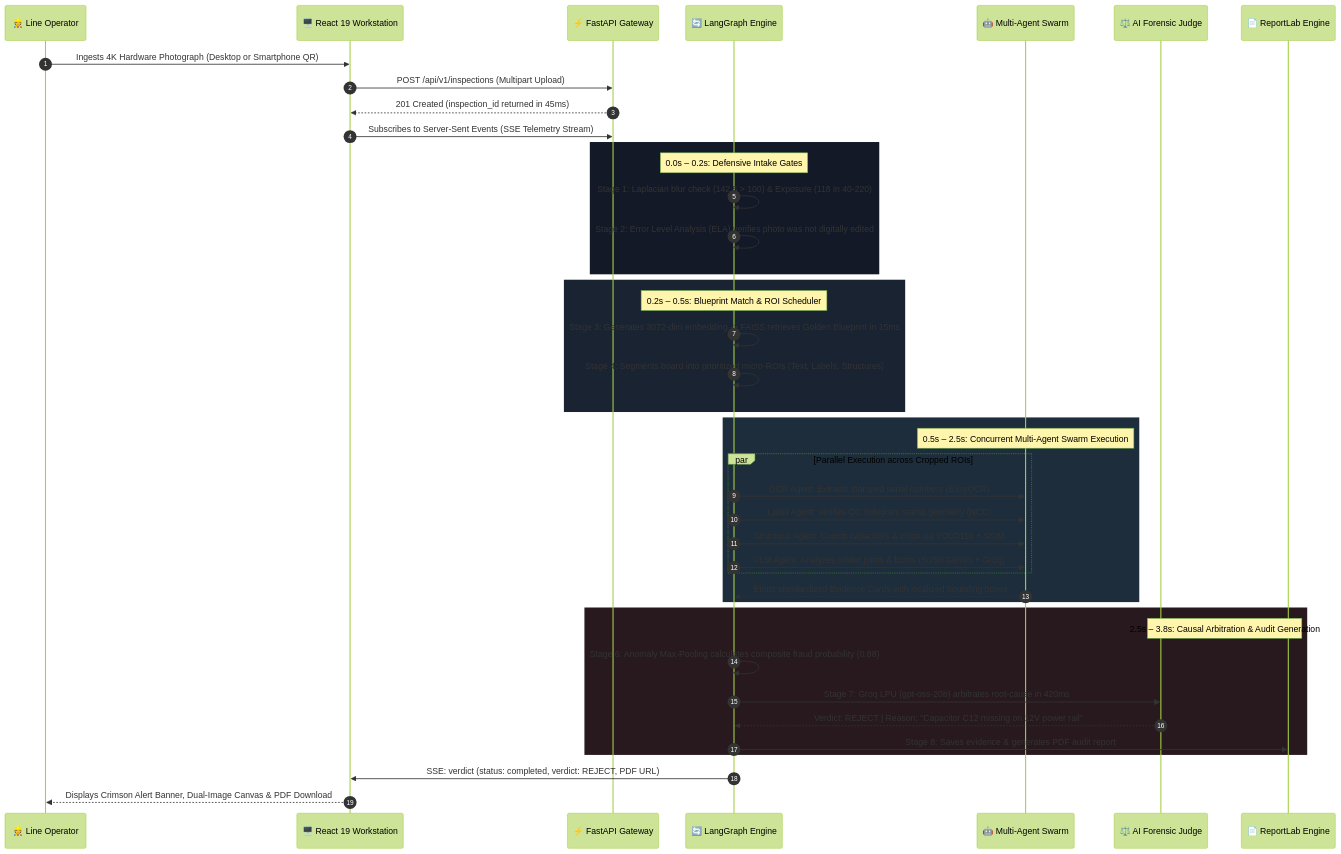
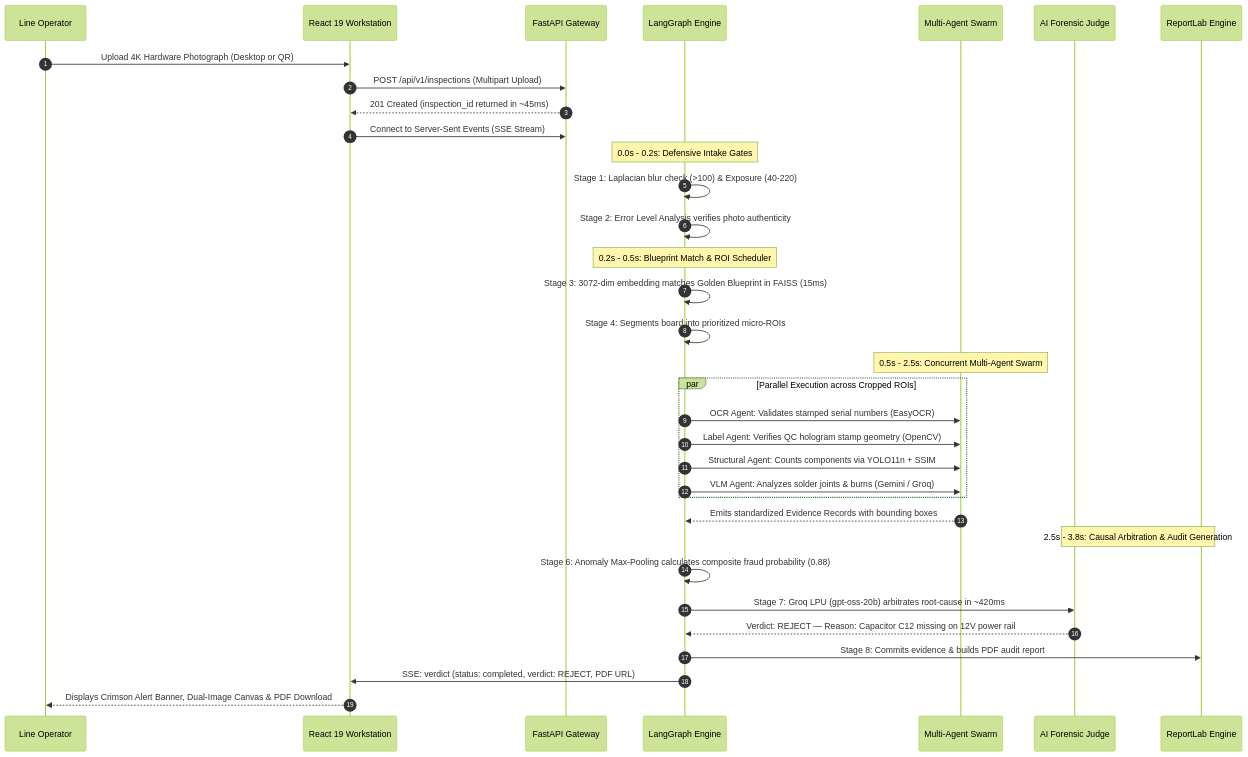
One commit to Disha-1610/VisionForge changed the first of 4 diagrams in README.md. Above: the diagram before and after it, drawn with Mermaid (forest theme). The commit also changed other lines of this file and 1 other file, not shown here.

Commit message:
docs: fix Mermaid diagram syntax and subgraph connections in README.md

````diff
--- a/README.md
+++ b/README.md
@@ -111,50 +111,42 @@
 ```mermaid
 sequenceDiagram
     autonumber
-    participant Op as 👷 Line Operator
-    participant HUD as 🖥️ React 19 Workstation
-    participant API as ⚡ FastAPI Gateway
-    participant Graph as 🔄 LangGraph Engine
-    participant Swarm as 🤖 Multi-Agent Swarm
-    participant Judge as ⚖️ AI Forensic Judge
-    participant PDF as 📄 ReportLab Engine
+    participant Op as Line Operator
+    participant HUD as React 19 Workstation
+    participant API as FastAPI Gateway
+    participant Graph as LangGraph Engine
+    participant Swarm as Multi-Agent Swarm
+    participant Judge as AI Forensic Judge
+    participant PDF as ReportLab Engine
 
-    Op->>HUD: Ingests 4K Hardware Photograph (Desktop or Smartphone QR)
+    Op->>HUD: Upload 4K Hardware Photograph (Desktop or QR)
     HUD->>API: POST /api/v1/inspections (Multipart Upload)
-    API-->>HUD: 201 Created (inspection_id returned in 45ms)
-    HUD->>API: Subscribes to Server-Sent Events (SSE Telemetry Stream)
+    API-->>HUD: 201 Created (inspection_id returned in ~45ms)
+    HUD->>API: Connect to Server-Sent Events (SSE Stream)
 
-    rect rgb(20, 25, 40)
-        Note over Graph: 0.0s – 0.2s: Defensive Intake Gates
-        Graph->>Graph: Stage 1: Laplacian blur check (142.5 > 100) & Exposure (118 in 40-220)
-        Graph->>Graph: Stage 2: Error Level Analysis (ELA) verifies photo was not digitally edited
+    Note over Graph: 0.0s - 0.2s: Defensive Intake Gates
+    Graph->>Graph: Stage 1: Laplacian blur check (>100) & Exposure (40-220)
+    Graph->>Graph: Stage 2: Error Level Analysis verifies photo authenticity
+
+    Note over Graph: 0.2s - 0.5s: Blueprint Match & ROI Scheduler
+    Graph->>Graph: Stage 3: 3072-dim embedding matches Golden Blueprint in FAISS (15ms)
+    Graph->>Graph: Stage 4: Segments board into prioritized micro-ROIs
+
+    Note over Swarm: 0.5s - 2.5s: Concurrent Multi-Agent Swarm
+    par Parallel Execution across Cropped ROIs
+        Graph->>Swarm: OCR Agent: Validates stamped serial numbers (EasyOCR)
+        Graph->>Swarm: Label Agent: Verifies QC hologram stamp geometry (OpenCV)
+        Graph->>Swarm: Structural Agent: Counts components via YOLO11n + SSIM
+        Graph->>Swarm: VLM Agent: Analyzes solder joints & burns (Gemini / Groq)
     end
+    Swarm-->>Graph: Emits standardized Evidence Records with bounding boxes
 
-    rect rgb(25, 35, 50)
-        Note over Graph: 0.2s – 0.5s: Blueprint Match & ROI Scheduler
-        Graph->>Graph: Stage 3: Generates 3072-dim embedding -> FAISS retrieves Golden Blueprint in 15ms
-        Graph->>Graph: Stage 4: Segments board into prioritized micro-ROIs (Text, Labels, Structures)
-    end
-
-    rect rgb(30, 45, 60)
-        Note over Swarm: 0.5s – 2.5s: Concurrent Multi-Agent Swarm Execution
-        par Parallel Execution across Cropped ROIs
-            Graph->>Swarm: OCR Agent: Extracts stamped serial numbers (EasyOCR)
-            Graph->>Swarm: Label Agent: Verifies QC hologram stamp geometry (NCC)
-            Graph->>Swarm: Structural Agent: Counts capacitors & chips via YOLO11n + SSIM
-            Graph->>Swarm: VLM Agent: Analyzes solder joints & burns (50/50 Gemini + Groq)
-        end
-        Swarm-->>Graph: Emits standardized Evidence Cards with localized bounding boxes
-    end
-
-    rect rgb(40, 25, 30)
-        Note over Judge,PDF: 2.5s – 3.8s: Causal Arbitration & Audit Generation
-        Graph->>Graph: Stage 6: Anomaly Max-Pooling calculates composite fraud probability (0.88)
-        Graph->>Judge: Stage 7: Groq LPU (gpt-oss-20b) arbitrates root-cause in 420ms
-        Judge-->>Graph: Verdict: REJECT | Reason: "Capacitor C12 missing on 12V power rail"
-        Graph->>PDF: Stage 8: Saves evidence & generates PDF audit report
-    end
+    Note over Judge,PDF: 2.5s - 3.8s: Causal Arbitration & Audit Generation
+    Graph->>Graph: Stage 6: Anomaly Max-Pooling calculates composite fraud probability (0.88)
+    Graph->>Judge: Stage 7: Groq LPU (gpt-oss-20b) arbitrates root-cause in ~420ms
+    Judge-->>Graph: Verdict: REJECT — Reason: Capacitor C12 missing on 12V power rail
+    Graph->>PDF: Stage 8: Commits evidence & builds PDF audit report
 
     Graph->>HUD: SSE: verdict (status: completed, verdict: REJECT, PDF URL)
     HUD-->>Op: Displays Crimson Alert Banner, Dual-Image Canvas & PDF Download
 ```
````
